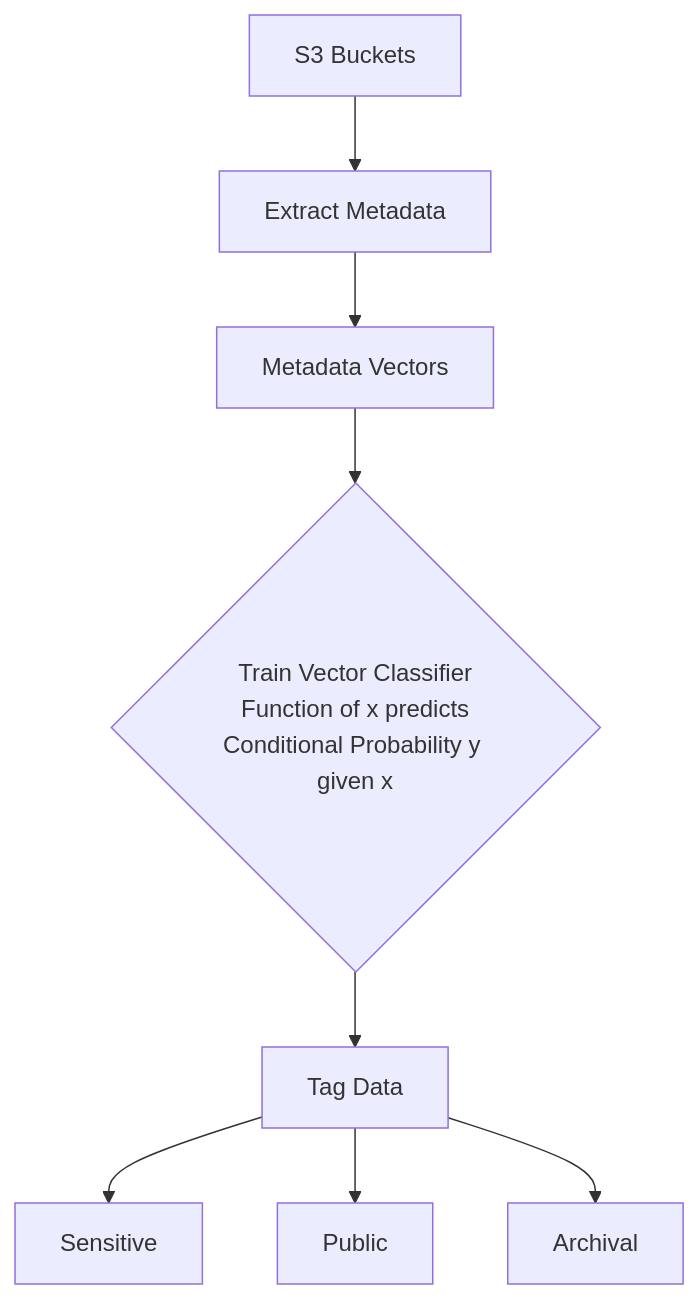
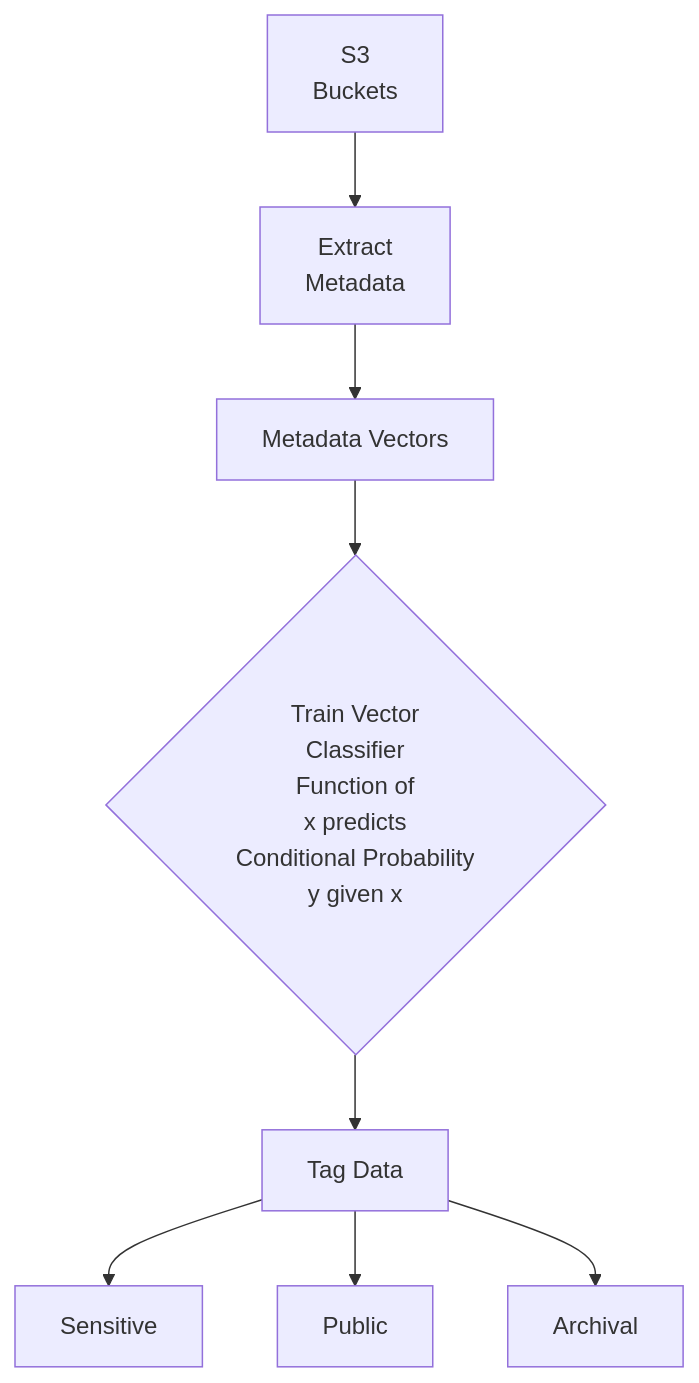
The third of 3 diagrams in readme.md (mgorav/Vectors), drawn with Mermaid before and after one commit. The commit also changed 1 other file, not shown here.

````diff
--- a/readme.md
+++ b/readme.md
@@ -156,14 +156,14 @@
 ```mermaid
 flowchart TD
-  A[S3 Buckets] --> B[Extract Metadata]
+  A[S3 <br/> Buckets] --> B[Extract <br/> Metadata]
   B --> C[Metadata Vectors]
 
-  C --> D{Train Vector Classifier<br/>Function of x predicts<br/>Conditional Probability y given x}
+  C --> D{Train Vector <br/> Classifier<br/>Function of <br/> x predicts<br/>Conditional Probability <br/> y given x}
 
   D --> E[Tag Data]
 
   E --> F[Sensitive]
   E --> G[Public]
   E --> H[Archival]
 
 ```
````
